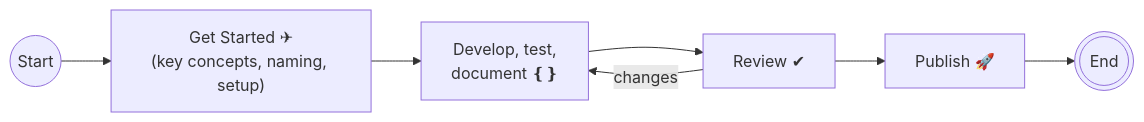
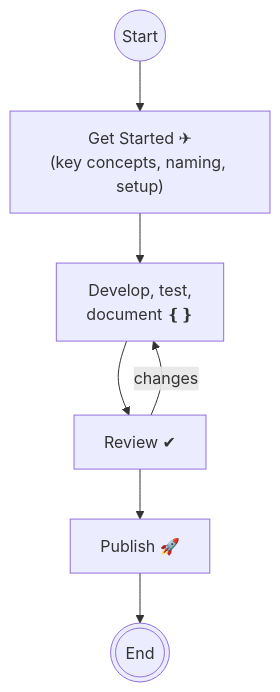
One commit to microsoftgraph/entra-powershell changed the diagram in development-docs/README.md. Above: the diagram before and after it, drawn with Mermaid.

Commit message:
Experiment: dev flow top-bottom

````diff
--- a/development-docs/README.md
+++ b/development-docs/README.md
@@ -27,14 +27,14 @@
 ```mermaid
-    flowchart LR
+    flowchart TB
         A((Start)) --> B["Get Started #9992;
 (key concepts, naming, setup)"]
          B["Get Started #9992;
 (key concepts, naming, setup)"] --> C["Develop, test,
 document ❴❵"]
 C["Develop, test,
 document ❴❵"] --> D[Review ✔]
 D[Review ✔] --> E[Publish 🚀]
 E[Publish 🚀] --> F(((End)))
 D--changes-->C
 
 ```
````
